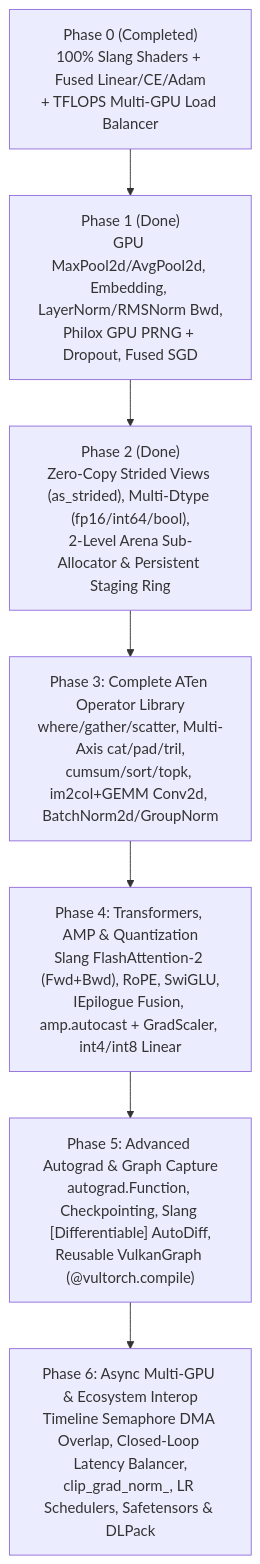
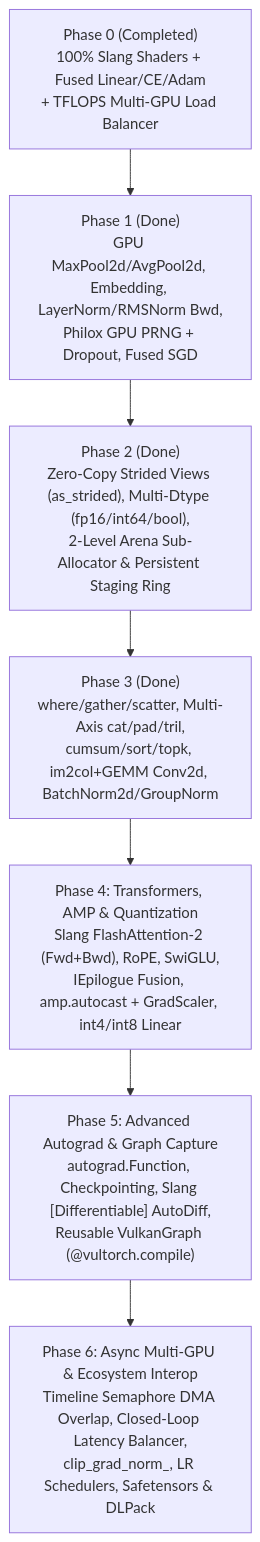
The diagram in IMPLEMENTATION.md (vinaybhargav/VulTorch), drawn with Mermaid before and after one commit. The commit also changed other lines of this file and 23 other files, not shown here.

Commit message:
feat: complete Phase 3 ATen operator library, im2col+GEMM Conv2d, BatchNorm/GroupNorm, and VRAM-proportional runtime

````diff
--- a/IMPLEMENTATION.md
+++ b/IMPLEMENTATION.md
@@ -346,12 +345,12 @@
 ```mermaid
 flowchart TD
     P0["Phase 0 (Completed)<br/>100% Slang Shaders + Fused Linear/CE/Adam<br/>+ TFLOPS Multi-GPU Load Balancer"]
     P1["Phase 1 (Done)<br/>GPU MaxPool2d/AvgPool2d, Embedding, LayerNorm/RMSNorm Bwd,<br/>Philox GPU PRNG + Dropout, Fused SGD"]
     P2["Phase 2 (Done)<br/>Zero-Copy Strided Views (as_strided), Multi-Dtype (fp16/int64/bool),<br/>2-Level Arena Sub-Allocator & Persistent Staging Ring"]
-    P3["Phase 3: Complete ATen Operator Library<br/>where/gather/scatter, Multi-Axis cat/pad/tril,<br/>cumsum/sort/topk, im2col+GEMM Conv2d, BatchNorm2d/GroupNorm"]
+    P3["Phase 3 (Done)<br/>where/gather/scatter, Multi-Axis cat/pad/tril,<br/>cumsum/sort/topk, im2col+GEMM Conv2d, BatchNorm2d/GroupNorm"]
     P4["Phase 4: Transformers, AMP & Quantization<br/>Slang FlashAttention-2 (Fwd+Bwd), RoPE, SwiGLU,<br/>IEpilogue Fusion, amp.autocast + GradScaler, int4/int8 Linear"]
     P5["Phase 5: Advanced Autograd & Graph Capture<br/>autograd.Function, Checkpointing, Slang [Differentiable] AutoDiff,<br/>Reusable VulkanGraph (@vultorch.compile)"]
     P6["Phase 6: Async Multi-GPU & Ecosystem Interop<br/>Timeline Semaphore DMA Overlap, Closed-Loop Latency Balancer,<br/>clip_grad_norm_, LR Schedulers, Safetensors & DLPack"]
 
     P0 --> P1 --> P2 --> P3 --> P4 --> P5 --> P6
 ```
````
